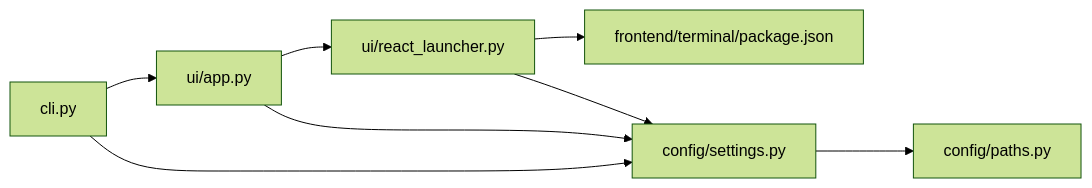
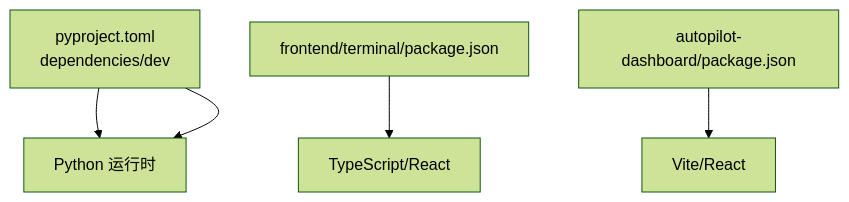
The fifth of 5 diagrams in .qoder/repowiki/zh/content/开发者指南/开发环境搭建.md (haolange/OpenHarness), drawn with Mermaid (forest theme) before and after one commit. The commit also changed other lines of this file and 222 other files, not shown here.

````diff
--- a/.qoder/repowiki/zh/content/开发者指南/开发环境搭建.md
+++ b/.qoder/repowiki/zh/content/开发者指南/开发环境搭建.md
@@ -217,10 +220,7 @@
 ```mermaid
-graph LR
-CLI["cli.py"] --> APP["ui/app.py"]
-APP --> RL["ui/react_launcher.py"]
-RL --> FE_PKG["frontend/terminal/package.json"]
-CLI --> SETTINGS["config/settings.py"]
-SETTINGS --> PATHS["config/paths.py"]
-APP --> SETTINGS
-RL --> SETTINGS
+graph TB
+P["pyproject.toml<br/>dependencies/dev"] --> PY["Python 运行时"]
+FE1["frontend/terminal/package.json"] --> TS["TypeScript/React"]
+FE2["autopilot-dashboard/package.json"] --> VITE["Vite/React"]
+P --> PY
 ```
````
